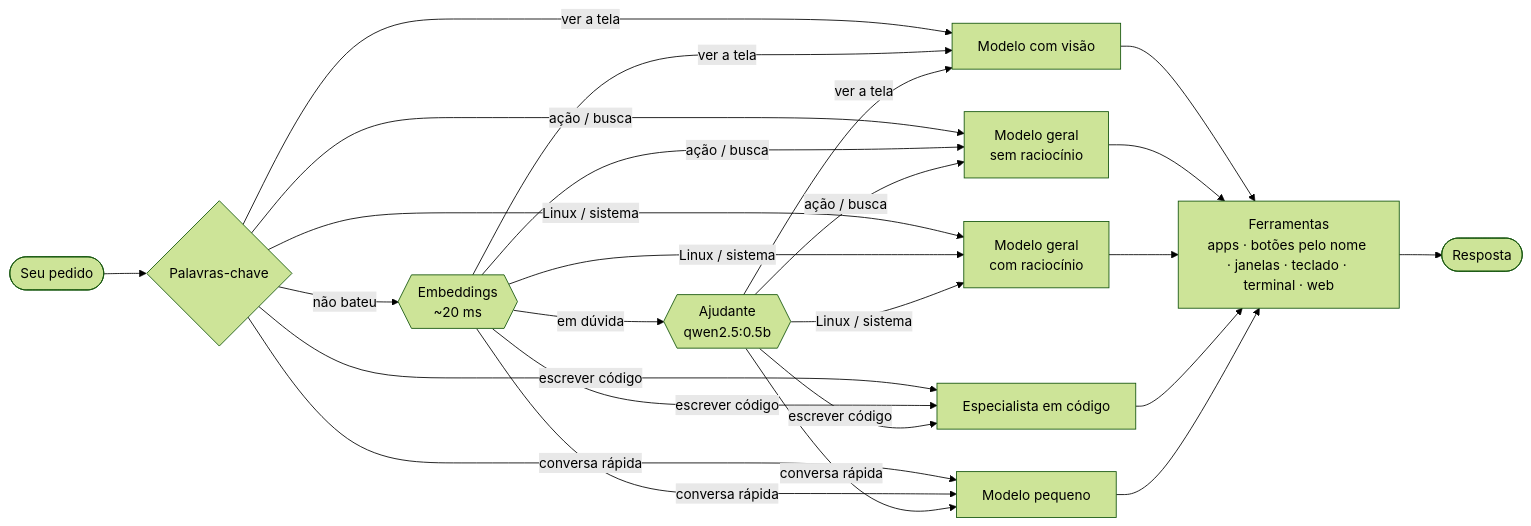
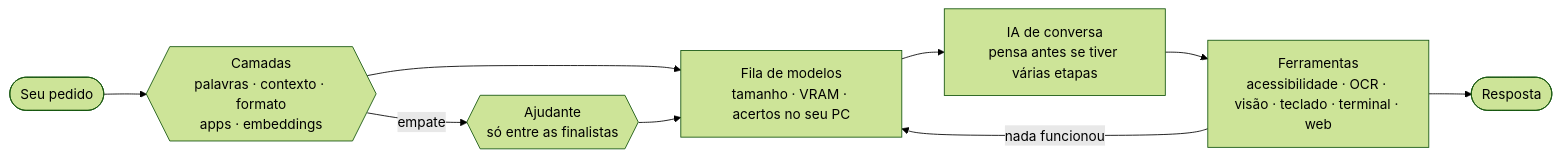
One commit to enzorcasao-ctrl/Tars-lightweight-local-addon changed the diagram in README.md. Above: the diagram before and after it, drawn with Mermaid (forest theme). The commit also changed other lines of this file and 2 other files, not shown here.

````diff
--- a/README.md
+++ b/README.md
@@ -105,13 +106,10 @@
 ```mermaid
 flowchart LR
-    P([Seu pedido]) --> K{Palavras-chave}
-    K -- "não bateu" --> E{{Embeddings<br/>~20 ms}}
-    E -- "em dúvida" --> A{{Ajudante<br/>qwen2.5:0.5b}}
-    K & E & A -- "ver a tela" --> V[Modelo com visão]
-    K & E & A -- "ação / busca" --> G[Modelo geral<br/>sem raciocínio]
-    K & E & A -- "Linux / sistema" --> T[Modelo geral<br/>com raciocínio]
-    K & E & A -- "escrever código" --> C[Especialista em código]
-    K & E & A -- "conversa rápida" --> R[Modelo pequeno]
-    V & G & T & C & R --> F[Ferramentas<br/>apps · botões pelo nome · janelas · teclado · terminal · web]
+    P([Seu pedido]) --> L{{"Camadas<br/>palavras · contexto · formato<br/>apps · embeddings"}}
+    L -- "empate" --> A{{"Ajudante<br/>só entre as finalistas"}}
+    L & A --> M["Fila de modelos<br/>tamanho · VRAM · acertos no seu PC"]
+    M --> IA["IA de conversa<br/>pensa antes se tiver várias etapas"]
+    IA --> F["Ferramentas<br/>acessibilidade · OCR · visão · teclado · terminal · web"]
+    F -- "nada funcionou" --> M
     F --> S([Resposta])
 ```
````
